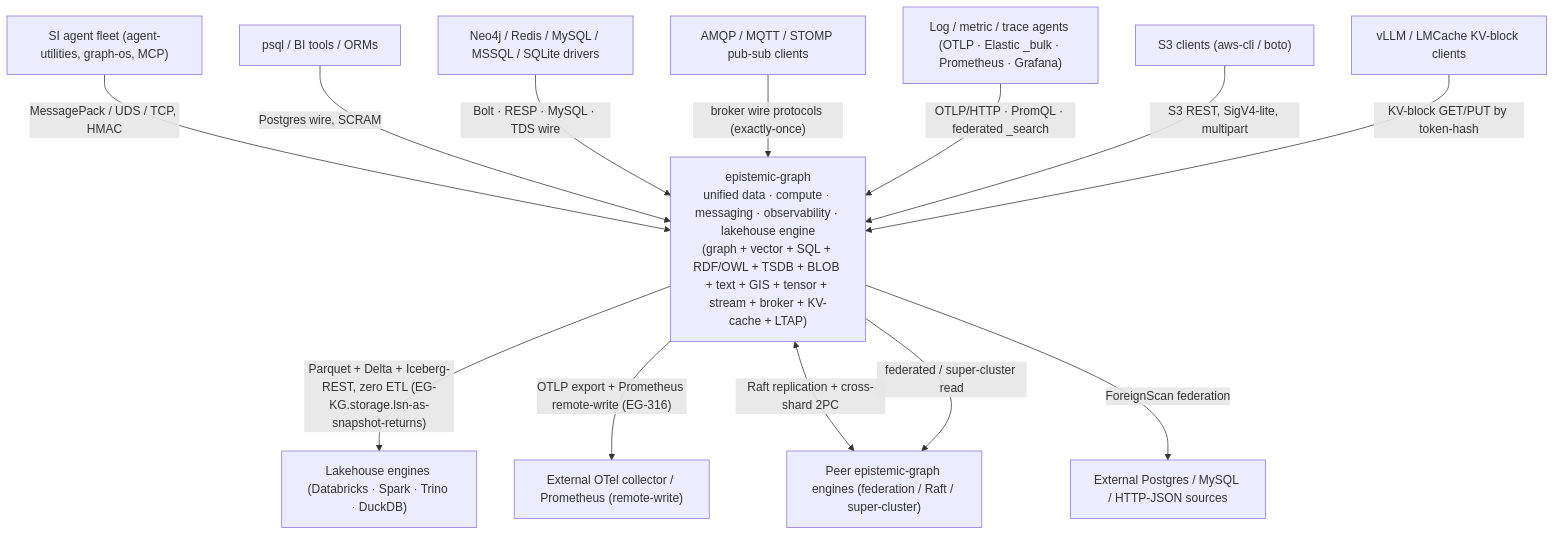
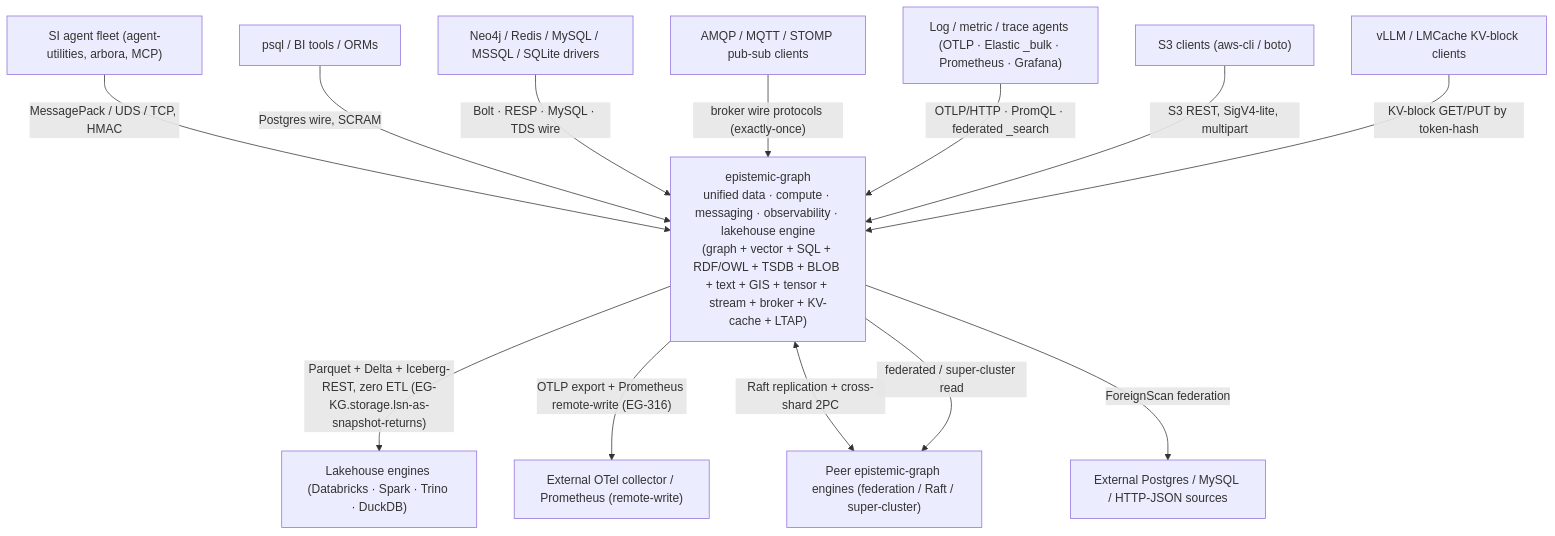
The first of 9 diagrams in docs/architecture/engine.md (Knuckles-Team/epistemic-graph), drawn with Mermaid before and after one commit. The commit also changed other lines of this file and 24 other files, not shown here.

First line of the commit message:
docs: rename graph-os terminology to Arbora

````diff
--- a/docs/architecture/engine.md
+++ b/docs/architecture/engine.md
@@ -16,29 +16,29 @@
 ```mermaid
 flowchart TB
-    AGENT["SI agent fleet (agent-utilities, graph-os, MCP)"]
+    AGENT["SI agent fleet (agent-utilities, arbora, MCP)"]
     PSQL["psql / BI tools / ORMs"]
     DBCLI["Neo4j / Redis / MySQL / MSSQL / SQLite drivers"]
     MSG["AMQP / MQTT / STOMP pub-sub clients"]
     OBSAG["Log / metric / trace agents (OTLP · Elastic _bulk · Prometheus · Grafana)"]
     S3CLI["S3 clients (aws-cli / boto)"]
     LLM["vLLM / LMCache KV-block clients"]
     LAKE["Lakehouse engines (Databricks · Spark · Trino · DuckDB)"]
     OTELC["External OTel collector / Prometheus (remote-write)"]
     PEER["Peer epistemic-graph engines (federation / Raft / super-cluster)"]
     EXT["External Postgres / MySQL / HTTP-JSON sources"]
 
     ENGINE["epistemic-graph<br/>unified data · compute · messaging · observability · lakehouse engine<br/>(graph + vector + SQL + RDF/OWL + TSDB + BLOB + text + GIS + tensor + stream + broker + KV-cache + LTAP)"]
 
     AGENT -->|"MessagePack / UDS / TCP, HMAC"| ENGINE
     PSQL -->|"Postgres wire, SCRAM"| ENGINE
     DBCLI -->|"Bolt · RESP · MySQL · TDS wire"| ENGINE
     MSG -->|"broker wire protocols (exactly-once)"| ENGINE
     OBSAG -->|"OTLP/HTTP · PromQL · federated _search"| ENGINE
     S3CLI -->|"S3 REST, SigV4-lite, multipart"| ENGINE
     LLM -->|"KV-block GET/PUT by token-hash"| ENGINE
     ENGINE -->|"Parquet + Delta + Iceberg-REST, zero ETL (EG-KG.storage.lsn-as-snapshot-returns)"| LAKE
     ENGINE -->|"OTLP export + Prometheus remote-write (EG-316)"| OTELC
     ENGINE <-->|"Raft replication + cross-shard 2PC"| PEER
     ENGINE -->|"ForeignScan federation"| EXT
     ENGINE -->|"federated / super-cluster read"| PEER
 ```
````
